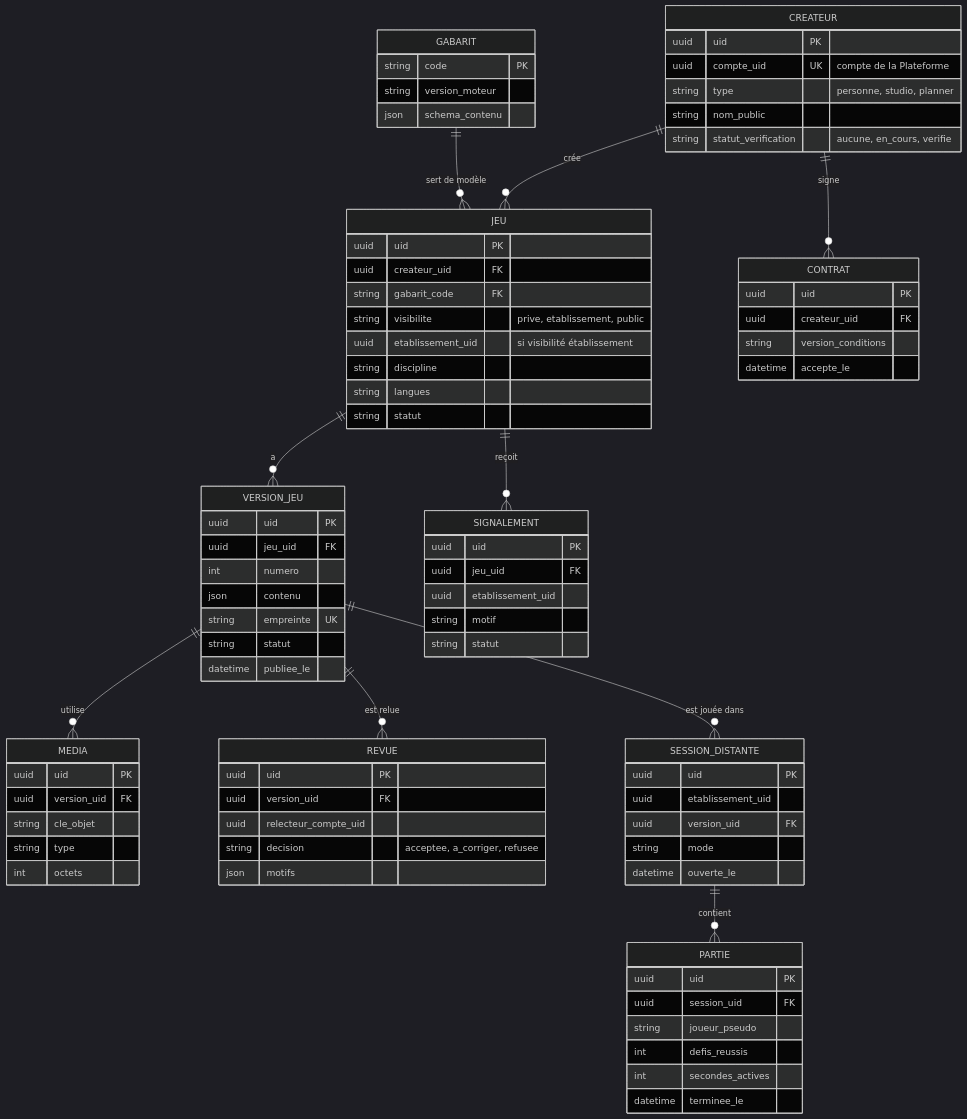
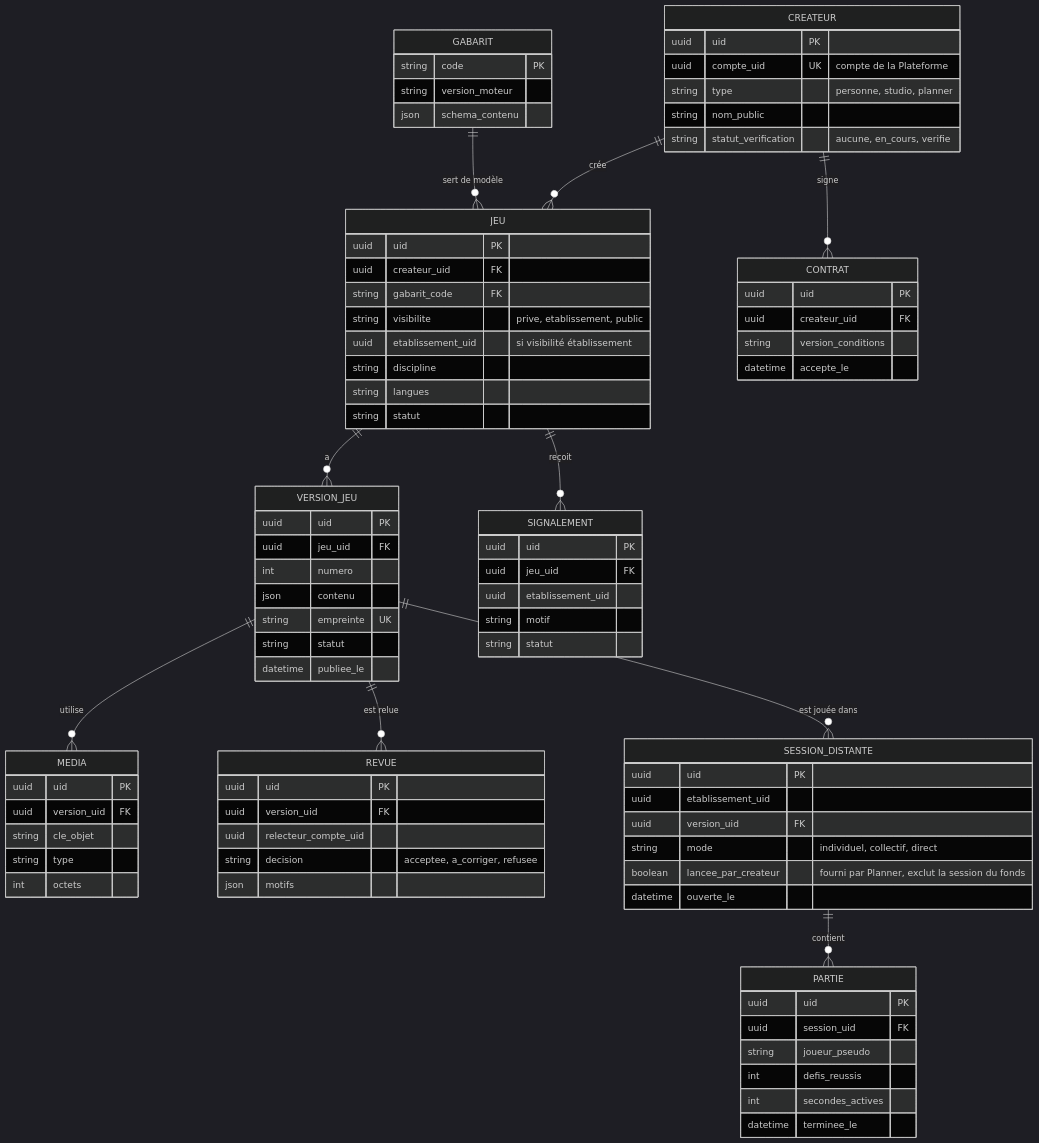
The third of 3 diagrams in docs/plans/planner-multi-etablissements/07-jeux-createurs.md (Claude20022002/plan_B_projet_PACTE), drawn with Mermaid (dark theme) before and after one commit. The commit also changed other lines of this file and 13 other files, not shown here.

```diff
--- a/docs/plans/planner-multi-etablissements/07-jeux-createurs.md
+++ b/docs/plans/planner-multi-etablissements/07-jeux-createurs.md
@@ -170,7 +174,8 @@
         uuid uid PK
         uuid etablissement_uid
         uuid version_uid FK
-        string mode
+        string mode "individuel, collectif, direct"
+        boolean lancee_par_createur "fourni par Planner, exclut la session du fonds"
         datetime ouverte_le
     }
     PARTIE {
```
